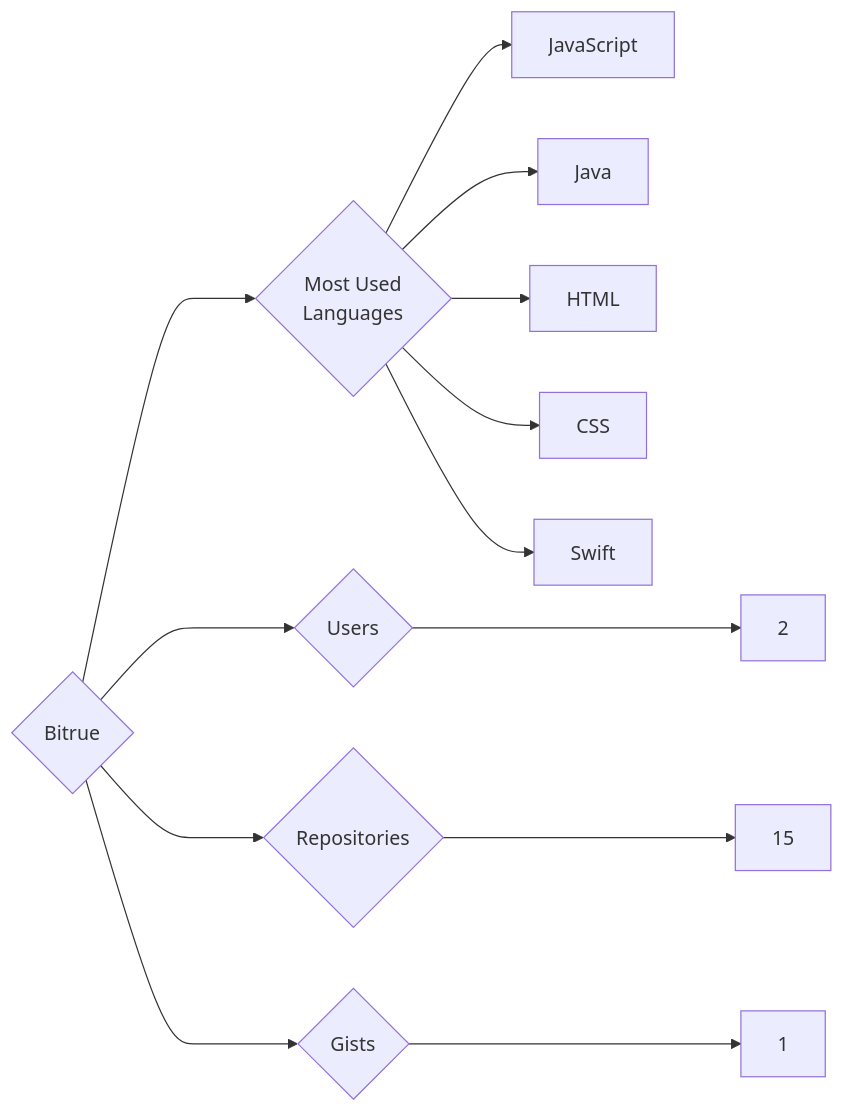
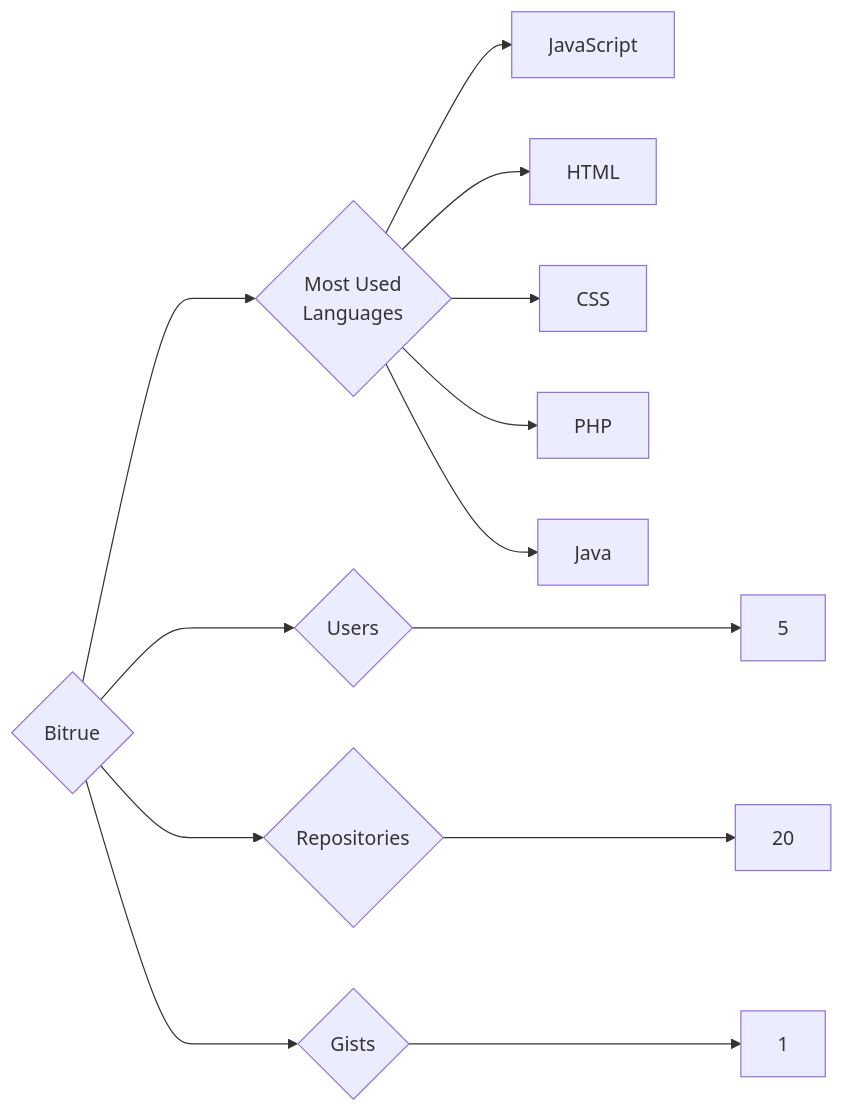
Before and after one commit to trickest/insiders: the diagram in targets/Bitrue/README.md, drawn with Mermaid. The commit also changed 745 other files, not shown here.

````diff
--- a/targets/Bitrue/README.md
+++ b/targets/Bitrue/README.md
@@ -3,13 +3,13 @@
 ```mermaid
 graph LR
 COMPANY_NAME{Bitrue}
-COMPANY_NAME ---> U{Users} ---> UN[2]
-COMPANY_NAME ---> R{Repositories} ---> RN[15]
+COMPANY_NAME ---> U{Users} ---> UN[5]
+COMPANY_NAME ---> R{Repositories} ---> RN[20]
 COMPANY_NAME ---> G{Gists} ---> GN[1]
 COMPANY_NAME ---> ML{Most Used<br>Languages}
 ML --> JavaScript[JavaScript]
-ML --> Java[Java]
 ML --> HTML[HTML]
 ML --> CSS[CSS]
-ML --> Swift[Swift]
+ML --> PHP[PHP]
+ML --> Java[Java]
 ```
````
